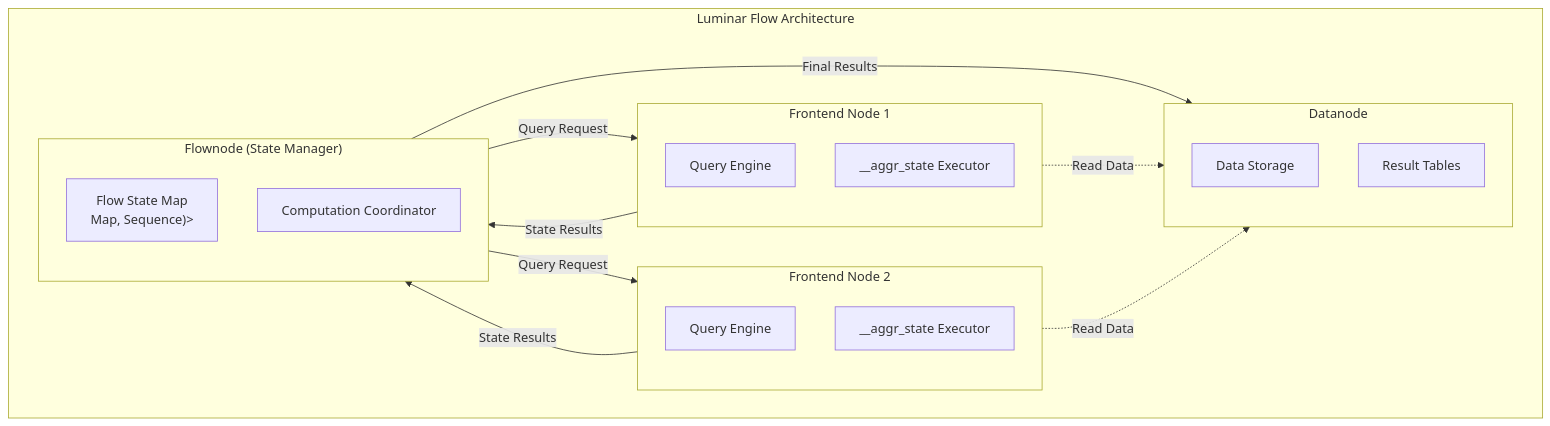
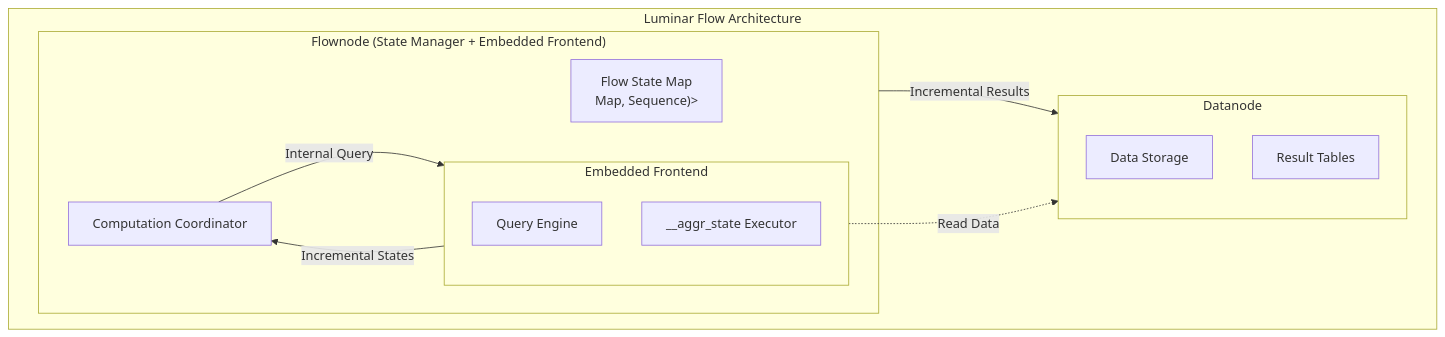
One commit to GreptimeTeam/greptimedb changed the first of 3 diagrams in docs/rfcs/2025-09-08-luminar-flow.md. Above: the diagram before and after it, drawn with Mermaid. The commit also changed other lines of this file, not shown here.

Commit message:
refactor: use embed frontend per review

````diff
--- a/docs/rfcs/2025-09-08-luminar-flow.md
+++ b/docs/rfcs/2025-09-08-luminar-flow.md
@@ -39,32 +39,23 @@
 ```mermaid
 graph TB
     subgraph "Luminar Flow Architecture"
-        subgraph Flownode["Flownode (State Manager)"]
+        subgraph Flownode["Flownode (State Manager + Embedded Frontend)"]
             StateMap["Flow State Map<br/>Map<Timestamp, (Map<Key, Value>, Sequence)>"]
             Coordinator["Computation Coordinator"]
-        end
-        
-        subgraph Frontend1["Frontend Node 1"]
-            QueryEngine1["Query Engine"]
-            AggrState1["__aggr_state Executor"]
-        end
-        
-        subgraph Frontend2["Frontend Node 2"]
-            QueryEngine2["Query Engine"]
-            AggrState2["__aggr_state Executor"]
+            subgraph EmbeddedFrontend["Embedded Frontend"]
+                QueryEngine["Query Engine"]
+                AggrState["__aggr_state Executor"]
+            end
         end
         
         subgraph Datanode["Datanode"]
             Storage["Data Storage"]
             Results["Result Tables"]
         end
     end
     
-    Flownode -->|Query Request| Frontend1
-    Flownode -->|Query Request| Frontend2
-    Frontend1 -->|State Results| Flownode
-    Frontend2 -->|State Results| Flownode
-    Flownode -->|Final Results| Datanode
-    Frontend1 -.->|Read Data| Datanode
-    Frontend2 -.->|Read Data| Datanode
+    Coordinator -->|Internal Query| EmbeddedFrontend
+    EmbeddedFrontend -->|Incremental States| Coordinator
+    Flownode -->|Incremental Results| Datanode
+    EmbeddedFrontend -.->|Read Data| Datanode
 ```
````
